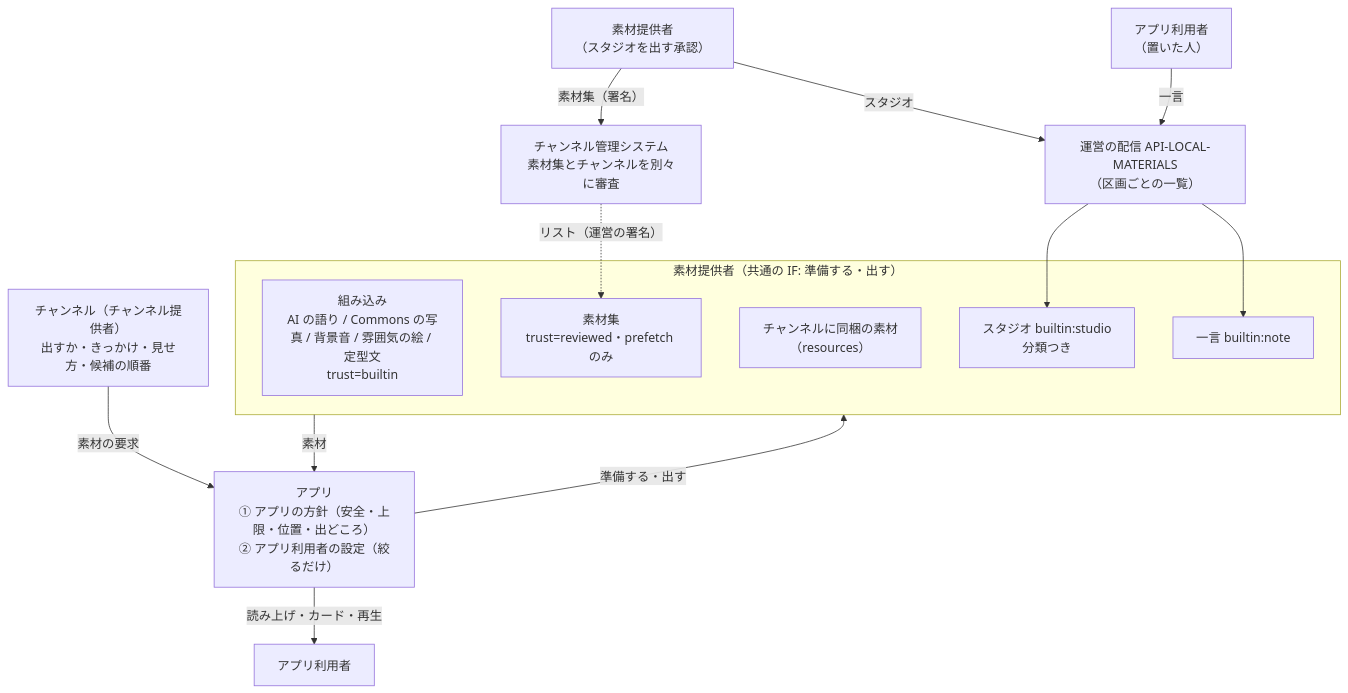
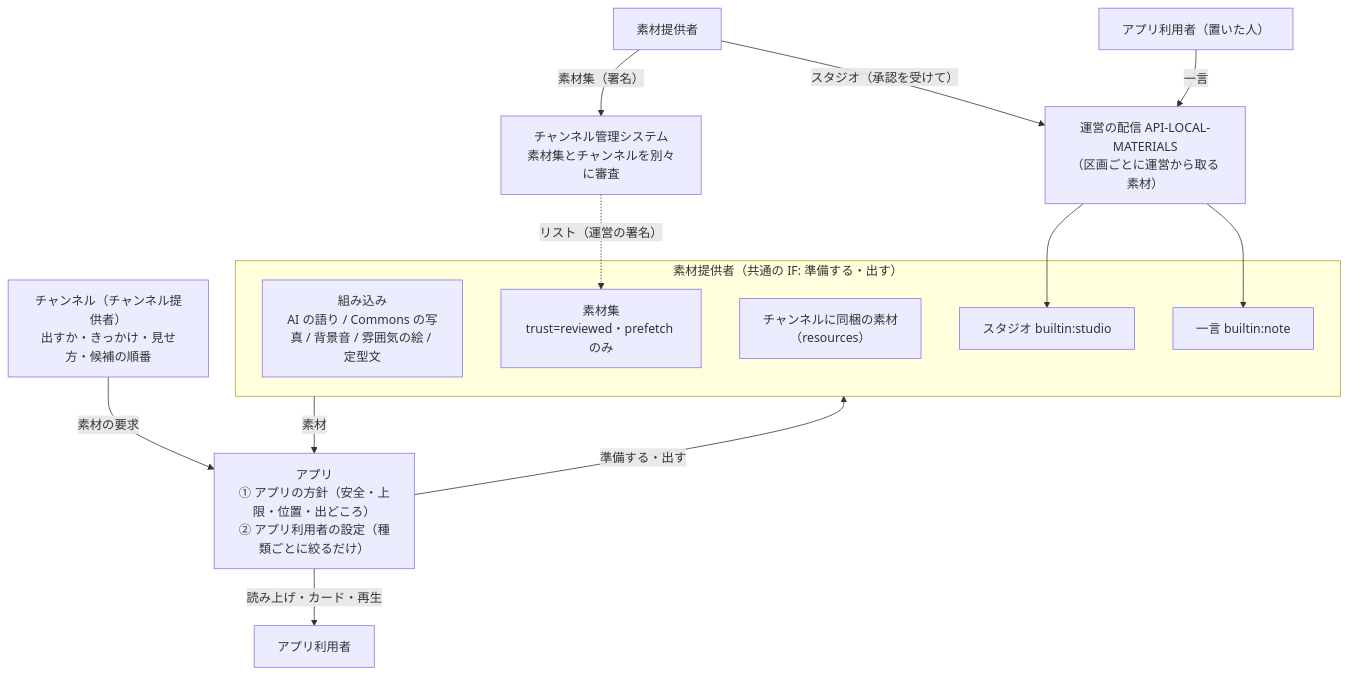
Before and after one commit to duwenji/yorisoi-platform: the diagram in docs/decisions/ADR-MATERIALS.md, drawn with Mermaid. The commit also changed other lines of this file and 11 other files, not shown here.

````diff
--- a/docs/decisions/ADR-MATERIALS.md
+++ b/docs/decisions/ADR-MATERIALS.md
@@ -164,19 +183,20 @@
 ```mermaid
 flowchart TB
     subgraph 素材提供者["素材提供者（共通の IF: 準備する・出す）"]
-        B["組み込み<br/>AI の語り / Commons の写真 / 背景音 / 雰囲気の絵 / 定型文<br/>trust=builtin"]
+        B["組み込み<br/>AI の語り / Commons の写真 / 背景音 / 雰囲気の絵 / 定型文"]
         T["素材集<br/>trust=reviewed・prefetch のみ"]
         S["チャンネルに同梱の素材<br/>（resources）"]
-        SP["スタジオ builtin:studio<br/>分類つき"]
+        SP["スタジオ builtin:studio"]
         SN["一言 builtin:note"]
     end
-    LM["運営の配信 API-LOCAL-MATERIALS<br/>（区画ごとの一覧）"] --> SP & SN
-    PR["素材提供者<br/>（スタジオを出す承認）"] -- "スタジオ" --> LM
-    AU["アプリ利用者<br/>（置いた人）"] -- "一言" --> LM
+    PR["素材提供者"] -- "スタジオ（承認を受けて）" --> LM["運営の配信 API-LOCAL-MATERIALS<br/>（区画ごとに運営から取る素材）"]
+    AU["アプリ利用者（置いた人）"] -- "一言" --> LM
+    LM --> SP
+    LM --> SN
     PR -- "素材集（署名）" --> M["チャンネル管理システム<br/>素材集とチャンネルを別々に審査"]
     M -. "リスト（運営の署名）" .-> T
     CH["チャンネル（チャンネル提供者）<br/>出すか・きっかけ・見せ方・候補の順番"] -- "素材の要求" --> A
-    A["アプリ<br/>① アプリの方針（安全・上限・位置・出どころ）<br/>② アプリ利用者の設定（絞るだけ）"] -- "準備する・出す" --> 素材提供者
+    A["アプリ<br/>① アプリの方針（安全・上限・位置・出どころ）<br/>② アプリ利用者の設定（種類ごとに絞るだけ）"] -- "準備する・出す" --> 素材提供者
     素材提供者 -- "素材" --> A
     A -- "読み上げ・カード・再生" --> U["アプリ利用者"]
 ```
````
